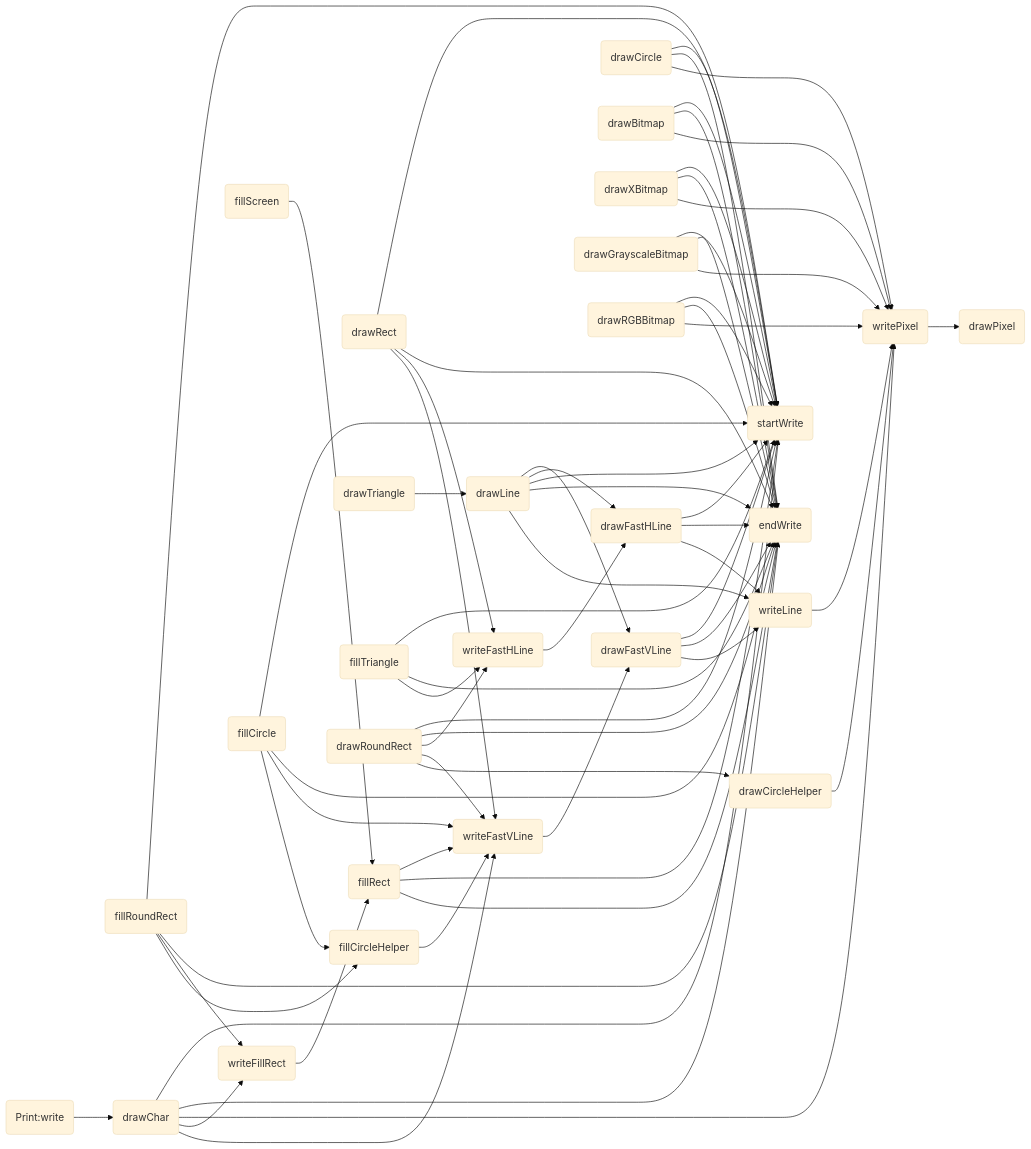
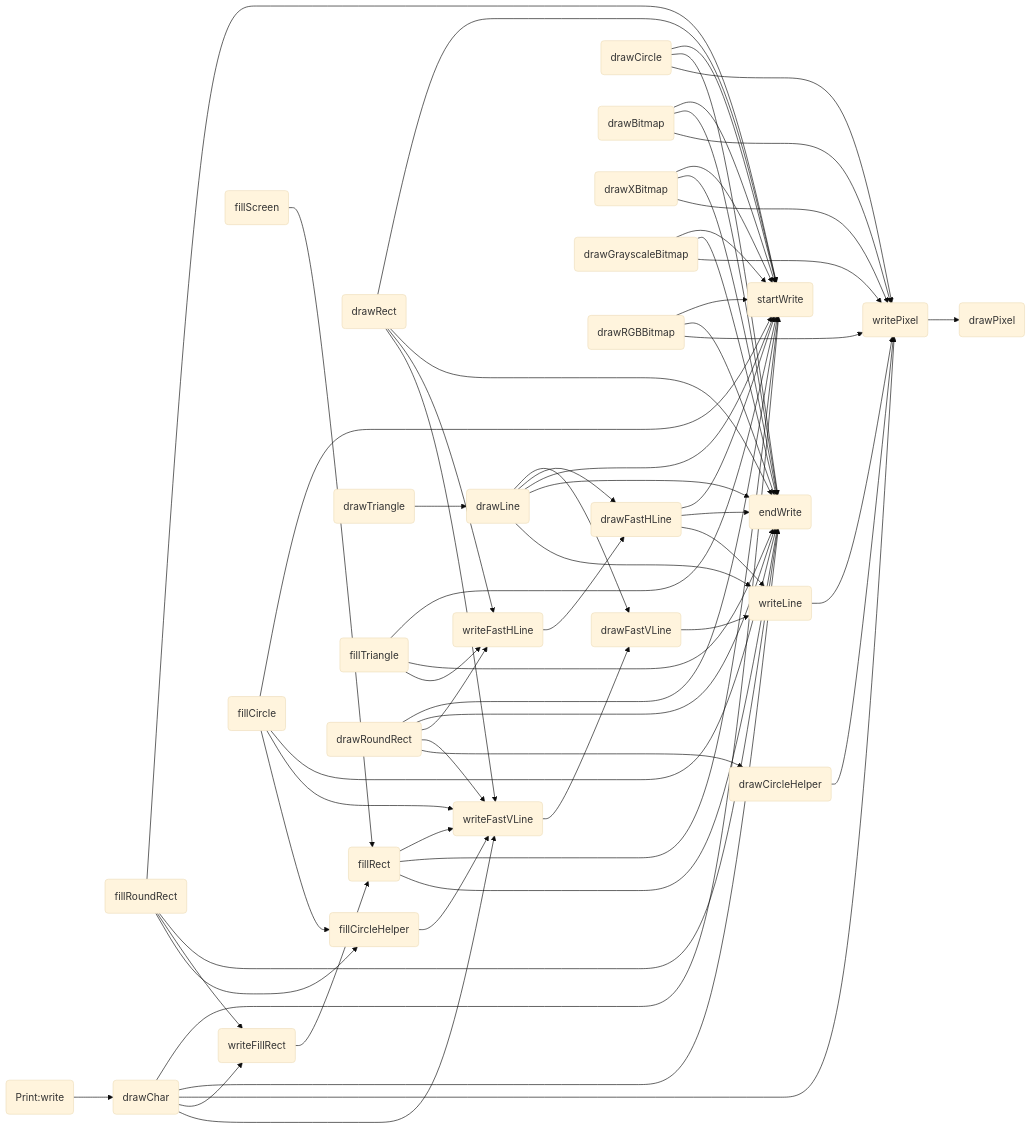
The diagram in all/未命名.md (icodezhanglei/iodraw-files), drawn with Mermaid (base theme) before and after one commit.

Commit message:
2024-09-13 18:46:09 update

````diff
--- a/all/未命名.md
+++ b/all/未命名.md
@@ -1,61 +1,61 @@
 ```mermaid
 flowchart LR
 
 drawPixel(drawPixel)
 startWrite(startWrite)
 endWrite(endWrite)
 writePixel(writePixel)
 writeFillRect(writeFillRect)
 writeFastVLine(writeFastVLine)
 writeFastHLine(writeFastHLine)
 writeLine(writeLine)
 drawFastVLine(drawFastVLine)
 drawFastHLine(drawFastHLine)
 fillRect(fillRect)
 fillScreen(fillScreen)
 drawLine(drawLine)
 drawRect(drawRect)
 drawCircle(drawCircle)
 drawCircleHelper(drawCircleHelper)
 fillCircle(fillCircle)
 fillCircleHelper(fillCircleHelper)
 drawTriangle(drawTriangle)
 fillTriangle(fillTriangle)
 drawRoundRect(drawRoundRect)
 fillRoundRect(fillRoundRect)
 drawBitmap(drawBitmap)
 drawXBitmap(drawXBitmap)
 drawGrayscaleBitmap(drawGrayscaleBitmap)
 drawRGBBitmap(drawRGBBitmap)
 drawChar(drawChar)
 write(Print:write)
 
 
 writeLine --> writePixel --> drawPixel
 
-writeFastVLine --> drawFastVLine --> startWrite & endWrite
+writeFastVLine --> drawFastVLine
 drawFastVLine --> writeLine
 
 writeFastHLine --> drawFastHLine --> startWrite & endWrite
 drawFastHLine --> writeLine
 
 writeFillRect --> fillRect --> writeFastVLine & startWrite & endWrite
 
 fillScreen --> fillRect
 drawLine --> drawFastVLine & drawFastHLine & startWrite & endWrite & writeLine
 drawCircle --> startWrite & endWrite & writePixel
 drawCircleHelper --> writePixel
 fillCircle --> startWrite & endWrite & writeFastVLine & fillCircleHelper
 fillCircleHelper --> writeFastVLine
 drawRect --> startWrite & endWrite & writeFastHLine & writeFastVLine
 drawRoundRect --> startWrite & endWrite & writeFastHLine & writeFastVLine & drawCircleHelper
 fillRoundRect --> startWrite & endWrite & writeFillRect & fillCircleHelper
 drawTriangle --> drawLine
 fillTriangle --> startWrite & endWrite & writeFastHLine
 drawBitmap --> startWrite & endWrite & writePixel
 drawXBitmap --> startWrite & endWrite & writePixel
 drawGrayscaleBitmap --> startWrite & endWrite & writePixel
 drawRGBBitmap --> startWrite & endWrite & writePixel
 drawChar --> startWrite & endWrite & writePixel & writeFillRect & writeFastVLine
 write --> drawChar
 ```
````
